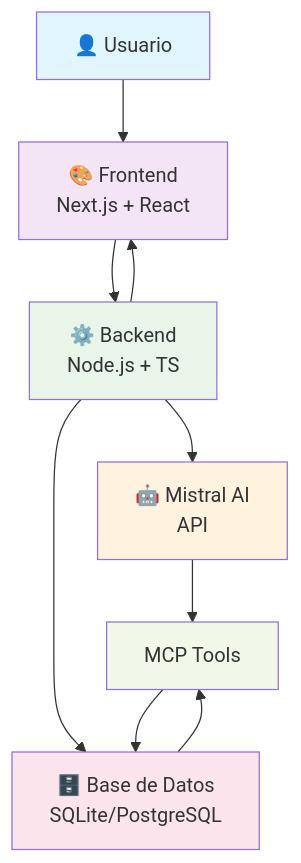
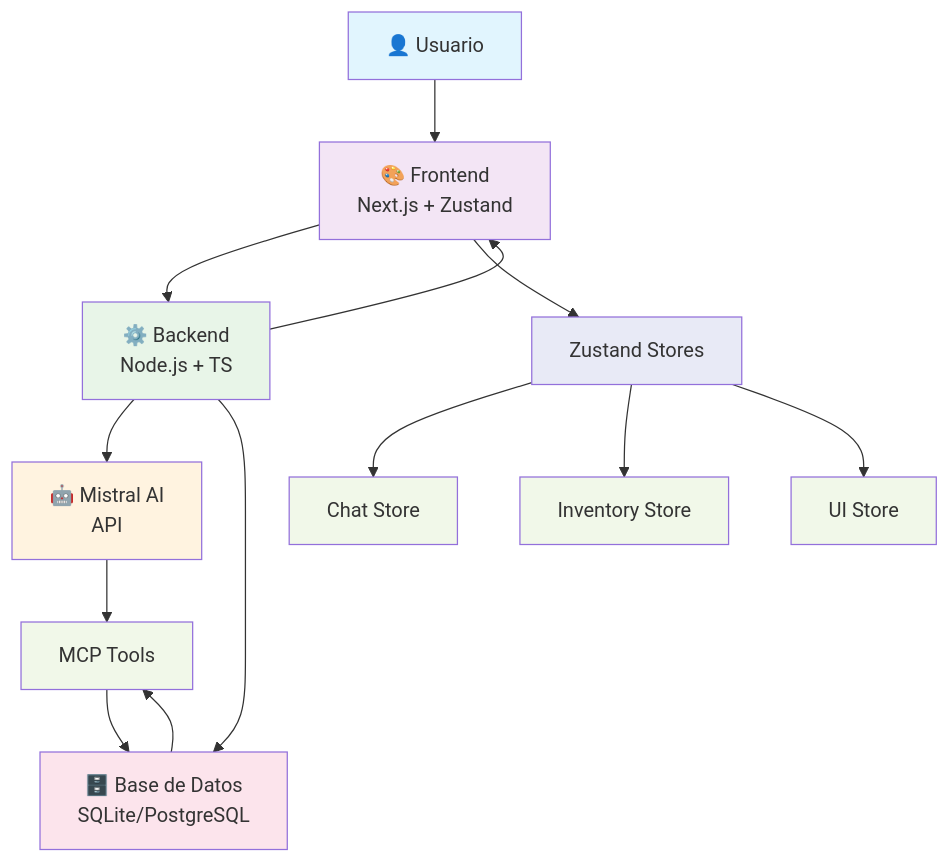
The diagram in README.md (mauroociappinaph/proyecto-ia-cosmetica), drawn with Mermaid before and after one commit. The commit also changed other lines of this file and 4 other files, not shown here.

Commit message:
Add Zustand state management: stores for chat, inventory, and UI with SRP/DRY patterns

````diff
--- a/README.md
+++ b/README.md
@@ -103,21 +103,30 @@
 ```mermaid
 graph TB
-    A[👤 Usuario] --> B[🎨 Frontend<br/>Next.js + React]
+    A[👤 Usuario] --> B[🎨 Frontend<br/>Next.js + Zustand]
     B --> C[⚙️ Backend<br/>Node.js + TS]
 
     C --> D[🤖 Mistral AI<br/>API]
     C --> E[🗄️ Base de Datos<br/>SQLite/PostgreSQL]
 
     D --> F[MCP Tools]
     F --> E
 
     C --> B
     E --> F
 
+    B --> G[Zustand Stores]
+    G --> H[Chat Store]
+    G --> I[Inventory Store]
+    G --> J[UI Store]
+
     style A fill:#e1f5fe
     style B fill:#f3e5f5
     style C fill:#e8f5e8
     style D fill:#fff3e0
     style E fill:#fce4ec
     style F fill:#f1f8e9
+    style G fill:#e8eaf6
+    style H fill:#f1f8e9
+    style I fill:#f1f8e9
+    style J fill:#f1f8e9
 ```
````
